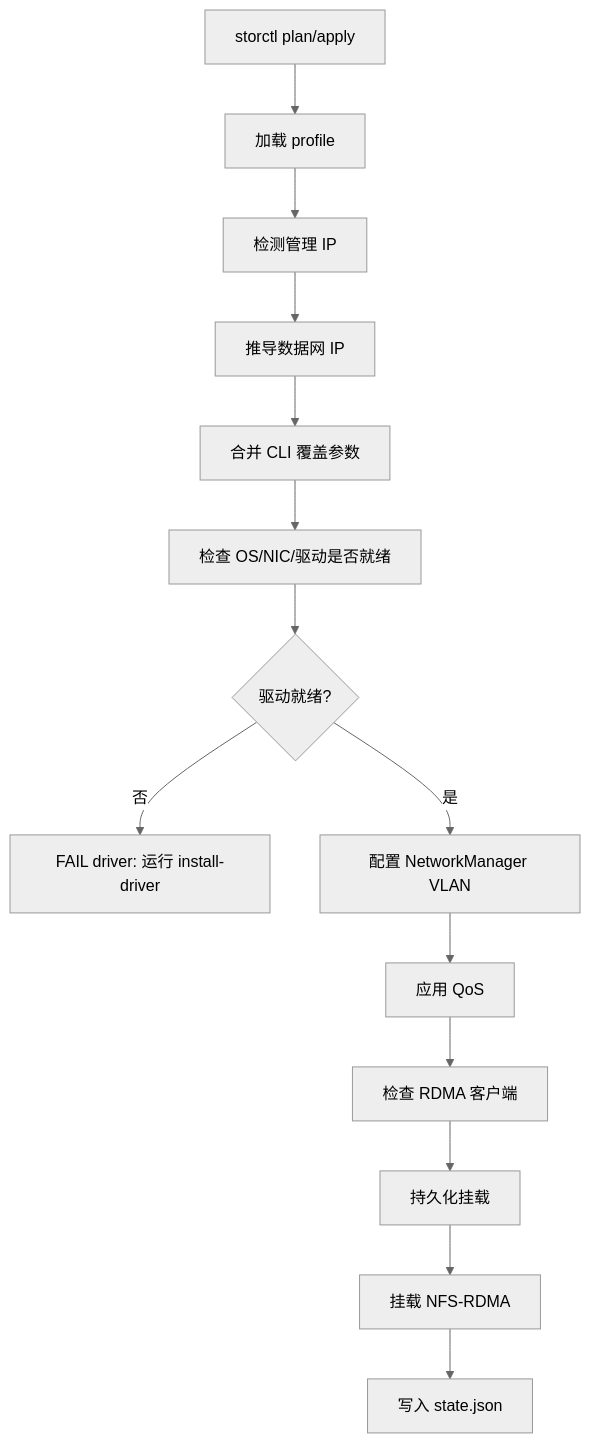
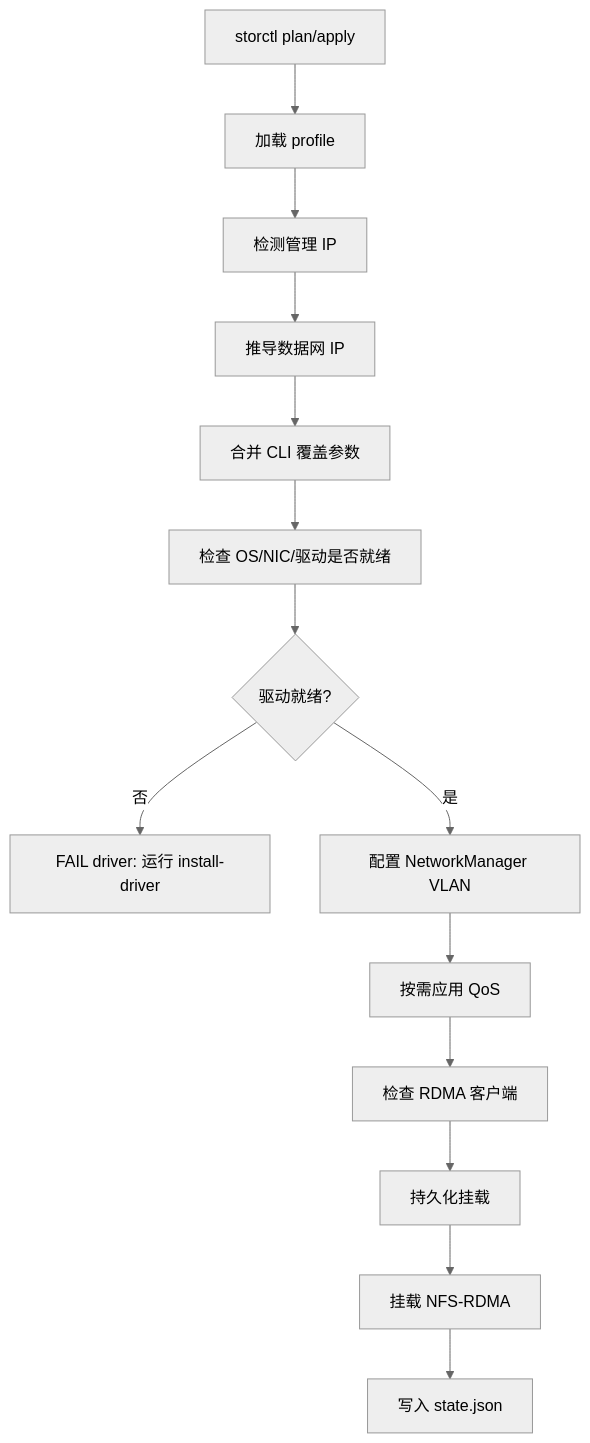
Before and after one commit to vbhsjd/storctl: the diagram in README.md, drawn with Mermaid (neutral theme). The commit also changed other lines of this file and 21 other files, not shown here.

````diff
--- a/README.md
+++ b/README.md
@@ -96,16 +113,16 @@
 ```mermaid
 flowchart TD
   A["storctl plan/apply"] --> B["加载 profile"]
   B --> C["检测管理 IP"]
   C --> D["推导数据网 IP"]
   D --> E["合并 CLI 覆盖参数"]
   E --> F["检查 OS/NIC/驱动是否就绪"]
   F --> G{"驱动就绪?"}
   G -- "否" --> H["FAIL driver: 运行 install-driver"]
   G -- "是" --> I["配置 NetworkManager VLAN"]
-  I --> J["应用 QoS"]
+  I --> J["按需应用 QoS"]
   J --> K["检查 RDMA 客户端"]
   K --> L["持久化挂载"]
   L --> M["挂载 NFS-RDMA"]
   M --> N["写入 state.json"]
 ```
````
